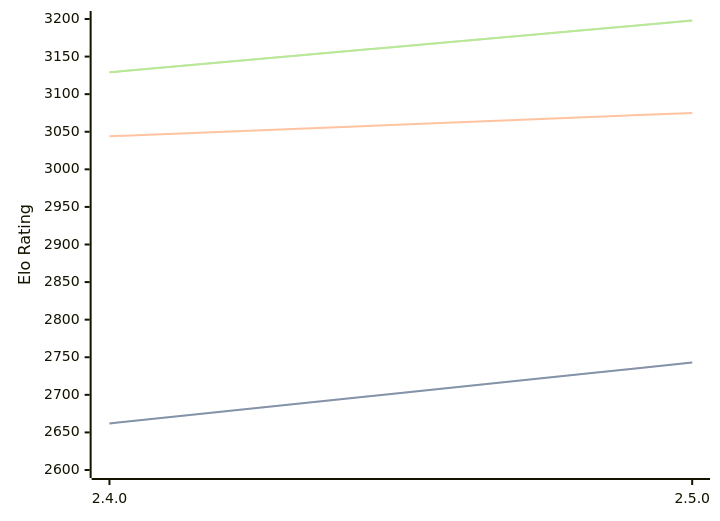
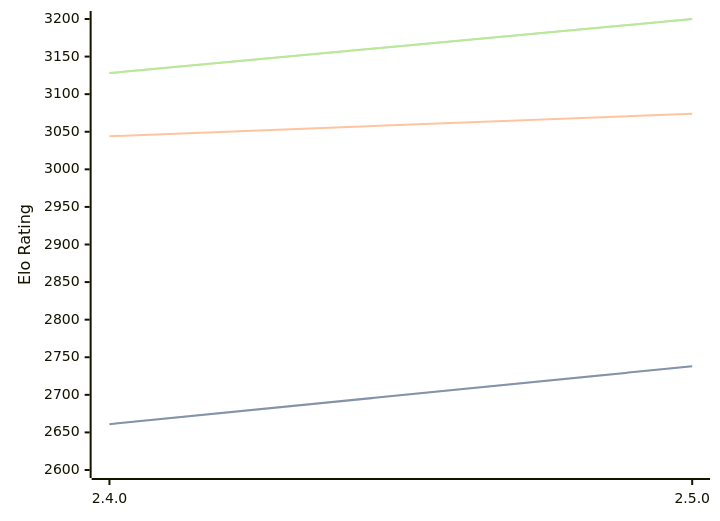
One commit to computer-chess-index/cci changed the diagram in engines/Sturddle2.md. Above: the diagram before and after it, drawn with Mermaid. The commit also changed other lines of this file, not shown here.

Commit message:
Update CCI Ratings (ELO VLTC) - 2026-03-18

````diff
--- a/engines/Sturddle2.md
+++ b/engines/Sturddle2.md
@@ -35,11 +35,11 @@
 ```mermaid
 %%{init: {"theme":"base","themeVariables":{"seriesColors:['#a3a3a3','#222221','#faa371']}}}%%
 xychart-beta
   x-axis ["2.4.0", "2.5.0"]
   y-axis "Elo Rating" 2600 --> 3200
-  line "STC (8.0+0.08s)" [2662, 2743]
-  line "STC (8.0+0.08s)" [2662, 2743]
-  line "LTC (60.0+0.60s)" [3044, 3075]
-  line "VLTC (2m24s+1.12s)" [3129, 3198]
-  line "VLTC (2m24s+1.12s)" [3129, 3198]
+  line "STC (8.0+0.08s)" [2661, 2738]
+  line "STC (8.0+0.08s)" [2661, 2738]
+  line "LTC (60.0+0.60s)" [3044, 3074]
+  line "VLTC (2m24s+1.12s)" [3128, 3200]
+  line "VLTC (2m24s+1.12s)" [3128, 3200]
 ```
````
